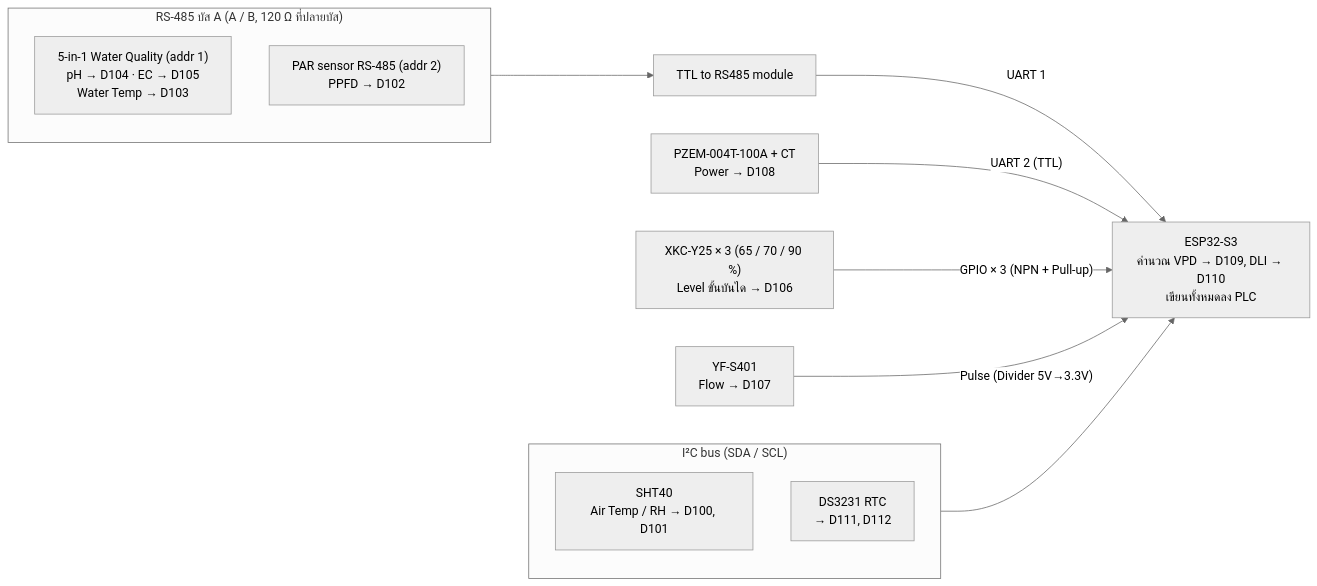
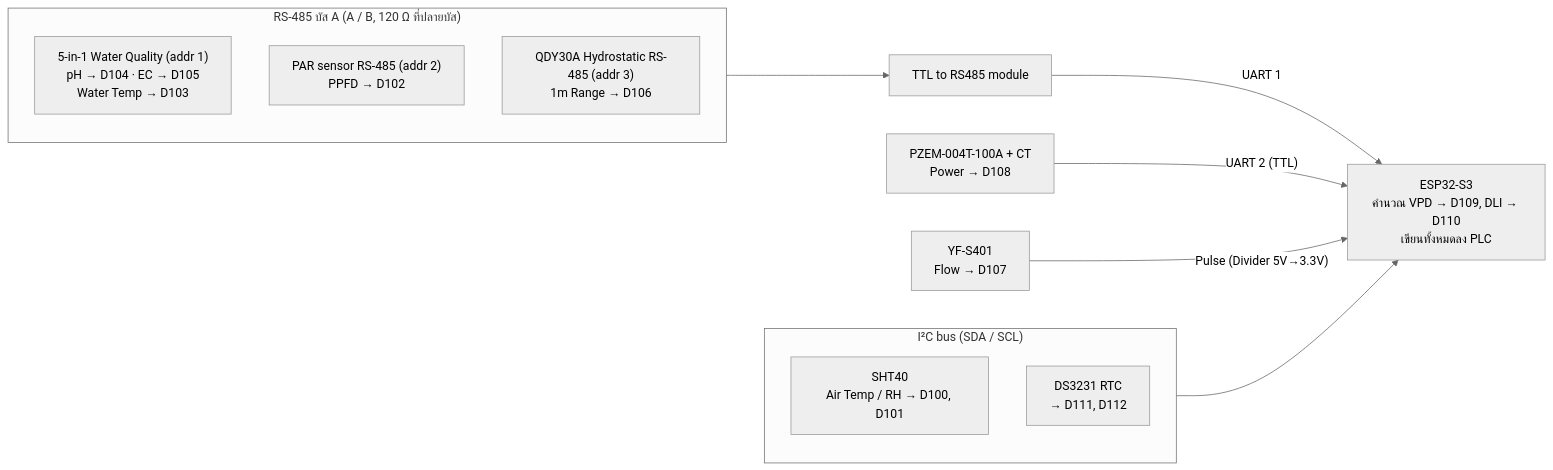
The second of 4 diagrams in docs/HARDWARE-FLOW.md (aplab-workshop/green-oak-plant-lab), drawn with Mermaid (neutral theme) before and after one commit. The commit also changed other lines of this file and 3 other files, not shown here.

Commit message:
docs(hw): water level back to QDY30A hydrostatic RS485 (addr 3); drop XKC-Y25; pin budget 21 GPIO

````diff
--- a/docs/HARDWARE-FLOW.md
+++ b/docs/HARDWARE-FLOW.md
@@ -39,20 +39,20 @@
 ```mermaid
 flowchart LR
     subgraph BUSA["RS-485 บัส A (A / B, 120 Ω ที่ปลายบัส)"]
         WQ["5-in-1 Water Quality (addr 1)<br/>pH → D104 · EC → D105<br/>Water Temp → D103"]
         PAR["PAR sensor RS-485 (addr 2)<br/>PPFD → D102"]
+        LVL["QDY30A Hydrostatic RS-485 (addr 3)<br/>1m Range → D106"]
     end
     BUSA --> RS485["TTL to RS485 module"]
 
     subgraph I2C["I²C bus (SDA / SCL)"]
         SHT["SHT40<br/>Air Temp / RH → D100, D101"]
         RTC["DS3231 RTC<br/>→ D111, D112"]
     end
 
     MCU["ESP32-S3<br/>คำนวณ VPD → D109, DLI → D110<br/>เขียนทั้งหมดลง PLC"]
     RS485 -- "UART 1" --> MCU
     PZEM["PZEM-004T-100A + CT<br/>Power → D108"] -- "UART 2 (TTL)" --> MCU
     I2C --> MCU
-    XKC["XKC-Y25 × 3 (65 / 70 / 90 %)<br/>Level ขั้นบันได → D106"] -- "GPIO × 3 (NPN + Pull-up)" --> MCU
     FLOW["YF-S401<br/>Flow → D107"] -- "Pulse (Divider 5V→3.3V)" --> MCU
 ```
````
